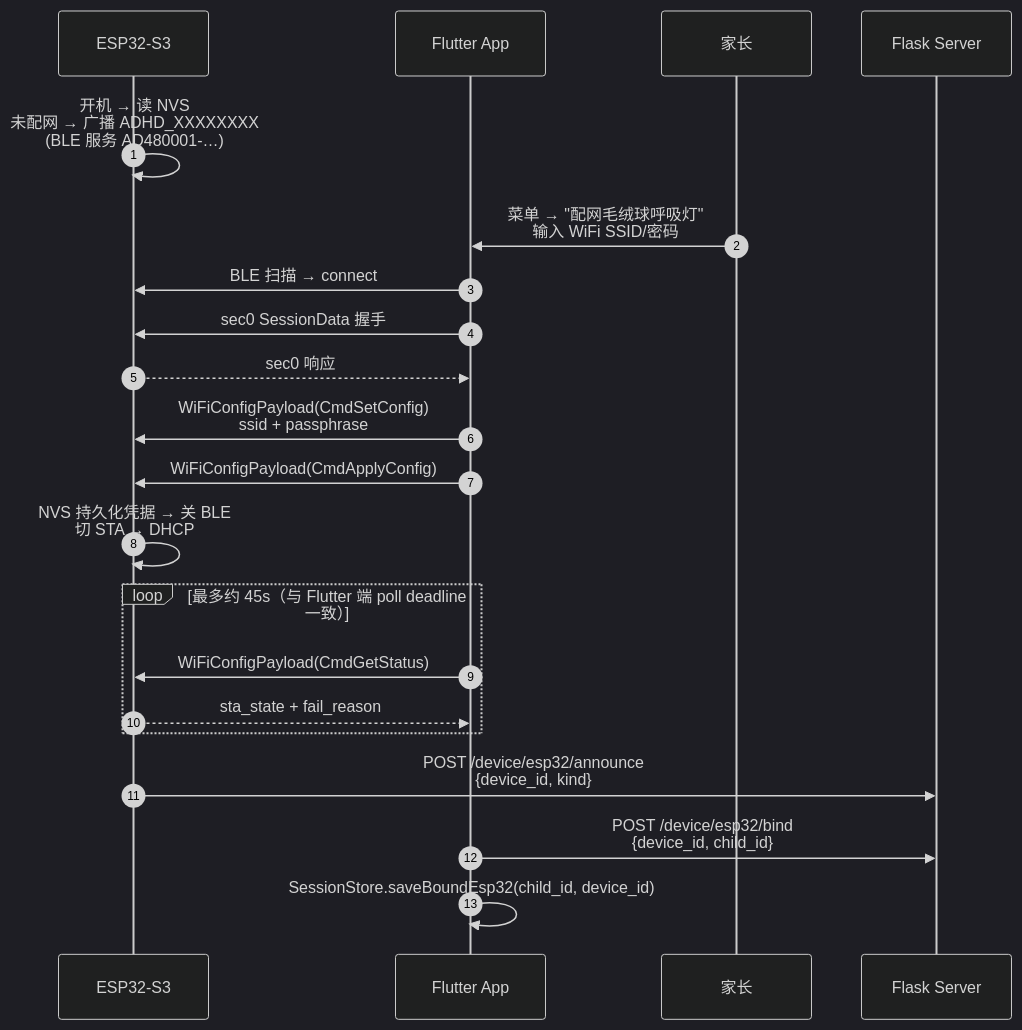
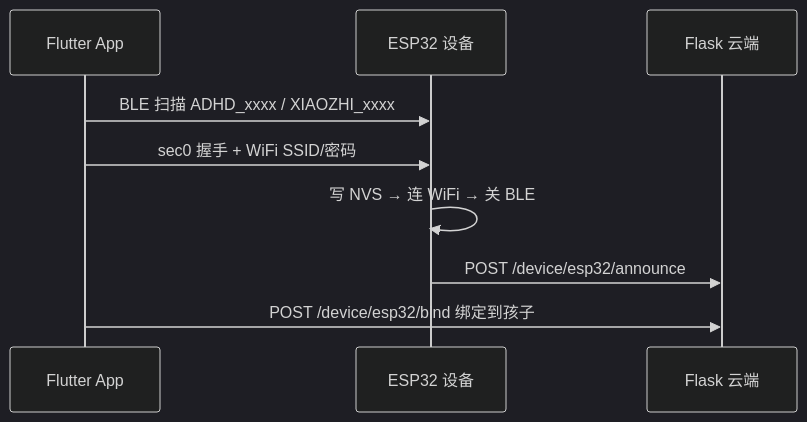
Before and after one commit to ch308/ADHD_Monitor: the second of 10 diagrams in README.md, drawn with Mermaid (dark theme). The commit also changed other lines of this file, not shown here.

````diff
--- a/README.md
+++ b/README.md
@@ -164,24 +132,12 @@
 ```mermaid
 sequenceDiagram
-    autonumber
-    participant Board as ESP32-S3
     participant App as Flutter App
-    participant User as 家长
-    participant Cloud as Flask Server
+    participant Board as ESP32 设备
+    participant Cloud as Flask 云端
 
-    Board->>Board: 开机 → 读 NVS<br/>未配网 → 广播 ADHD_XXXXXXXX<br/>(BLE 服务 AD480001-…)
-    User->>App: 菜单 → "配网毛绒球呼吸灯"<br/>输入 WiFi SSID/密码
-    App->>Board: BLE 扫描 → connect
-    App->>Board: sec0 SessionData 握手
-    Board-->>App: sec0 响应
-    App->>Board: WiFiConfigPayload(CmdSetConfig)<br/>ssid + passphrase
-    App->>Board: WiFiConfigPayload(CmdApplyConfig)
-    Board->>Board: NVS 持久化凭据 → 关 BLE<br/>切 STA → DHCP
-    loop 最多约 45s（与 Flutter 端 poll deadline 一致）
-        App->>Board: WiFiConfigPayload(CmdGetStatus)
-        Board-->>App: sta_state + fail_reason
-    end
-    Board->>Cloud: POST /device/esp32/announce<br/>{device_id, kind}
-    App->>Cloud: POST /device/esp32/bind<br/>{device_id, child_id}
-    App->>App: SessionStore.saveBoundEsp32(child_id, device_id)
+    App->>Board: BLE 扫描 ADHD_xxxx / XIAOZHI_xxxx
+    App->>Board: sec0 握手 + WiFi SSID/密码
+    Board->>Board: 写 NVS → 连 WiFi → 关 BLE
+    Board->>Cloud: POST /device/esp32/announce
+    App->>Cloud: POST /device/esp32/bind 绑定到孩子
 ```
````
